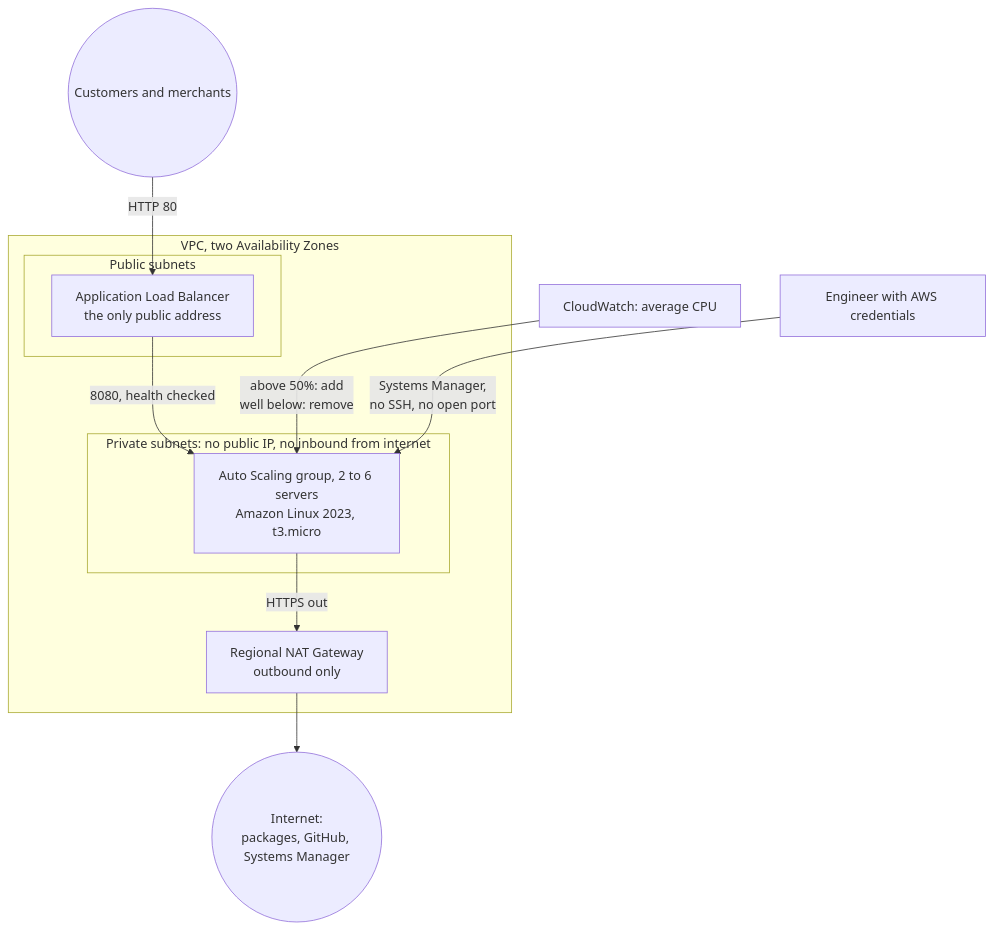
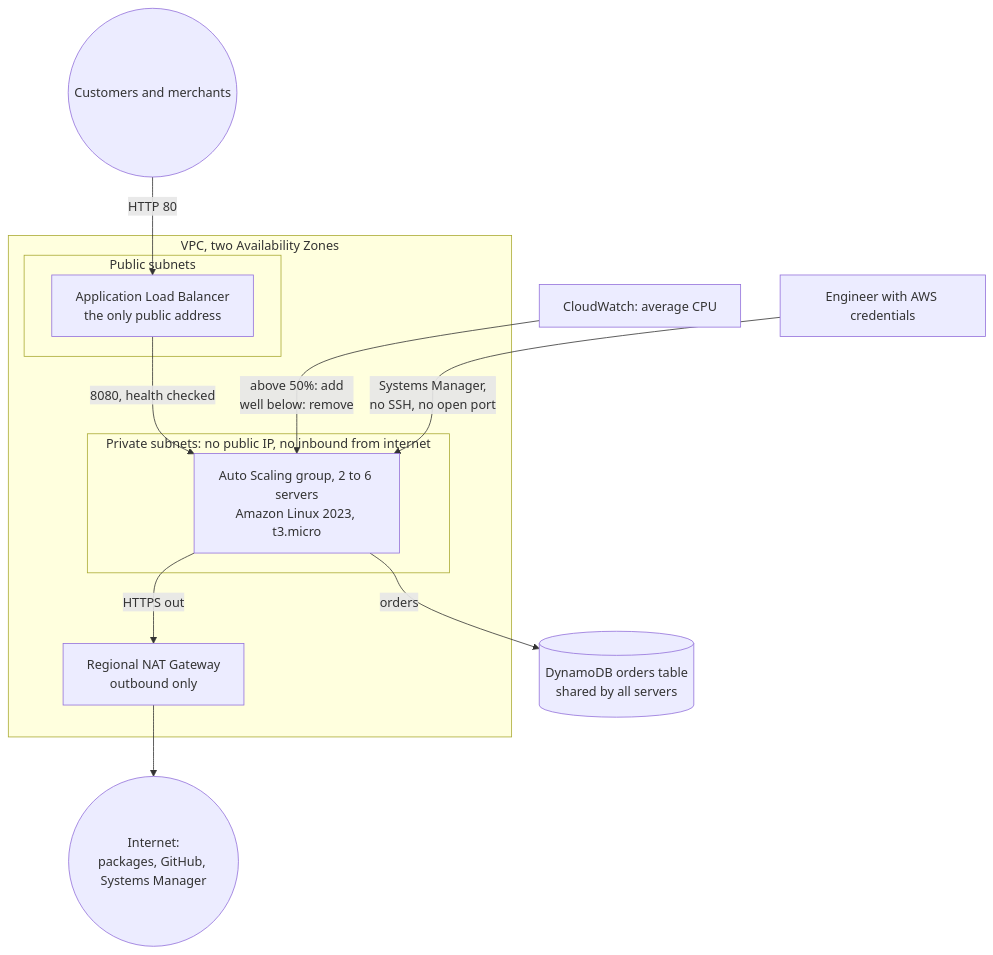
Before and after one commit to danjor667/onward-salesday: the diagram in README.md, drawn with Mermaid. The commit also changed other lines of this file and 37 other files, not shown here.

Commit message:
Rework the app (booking, tracking, staff dashboard) and store orders in DynamoDB

````diff
--- a/README.md
+++ b/README.md
@@ -13,19 +13,20 @@
 ```mermaid
 flowchart TB
   USERS((Customers and merchants)) -->|HTTP 80| ALB
 
   subgraph VPC["VPC, two Availability Zones"]
     subgraph PUB["Public subnets"]
       ALB[Application Load Balancer<br/>the only public address]
     end
     subgraph PRIV["Private subnets: no public IP, no inbound from internet"]
       ASG["Auto Scaling group, 2 to 6 servers<br/>Amazon Linux 2023, t3.micro"]
     end
     NAT[Regional NAT Gateway<br/>outbound only]
   end
 
   ALB -->|8080, health checked| ASG
   ASG -->|HTTPS out| NAT --> NET((Internet:<br/>packages, GitHub, Systems Manager))
+  ASG -->|orders| DDB[(DynamoDB orders table<br/>shared by all servers)]
   CW[CloudWatch: average CPU] -->|above 50%: add<br/>well below: remove| ASG
   ENG[Engineer with AWS credentials] -->|Systems Manager,<br/>no SSH, no open port| ASG
 ```
````
